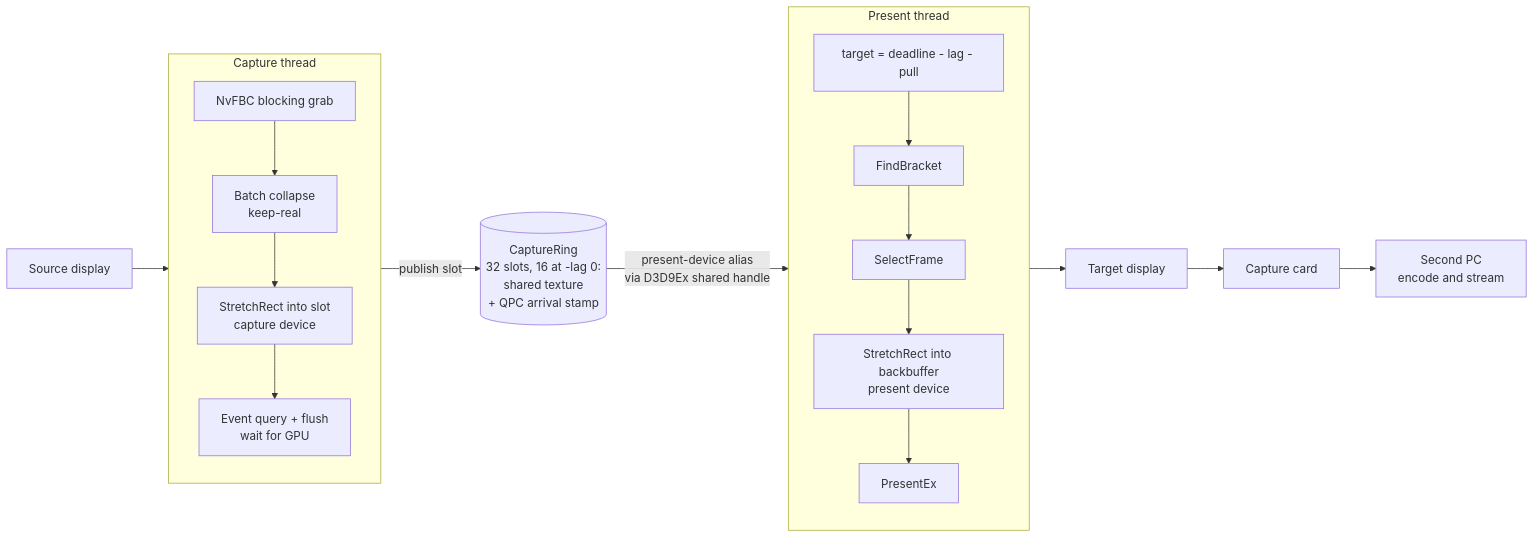
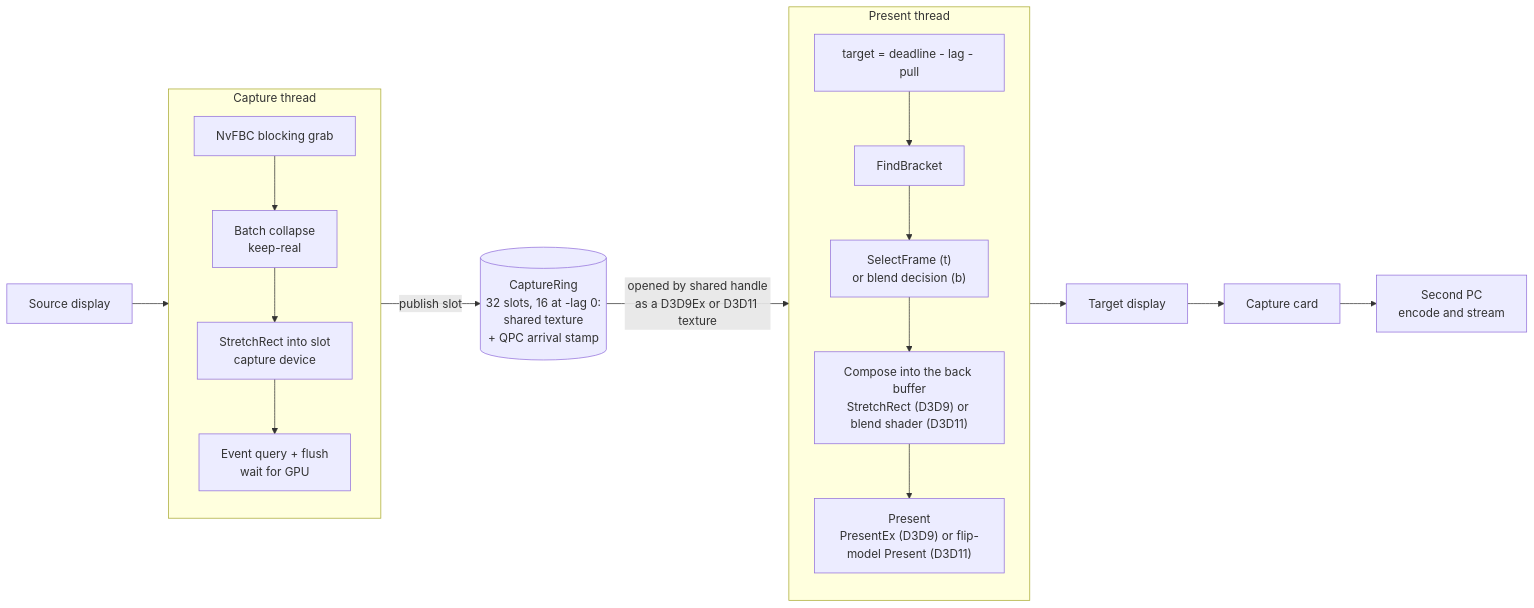
One commit to garrettsparks/nvfbc-relay changed the first of 4 diagrams in README.md. Above: the diagram before and after it, drawn with Mermaid. The commit also changed other lines of this file and 2 other files, not shown here.

````diff
--- a/README.md
+++ b/README.md
@@ -242,34 +245,34 @@
 ```mermaid
 flowchart LR
     SRCD["Source display"]
 
     subgraph CAPT["Capture thread"]
         direction TB
         GRAB["NvFBC blocking grab"]
         COLL["Batch collapse<br/>keep-real"]
         SR1["StretchRect into slot<br/>capture device"]
         FLUSH["Event query + flush<br/>wait for GPU"]
         GRAB --> COLL --> SR1 --> FLUSH
     end
 
     RING[("CaptureRing<br/>32 slots, 16 at -lag 0:<br/>shared texture<br/>+ QPC arrival stamp")]
 
     subgraph PREST["Present thread"]
         direction TB
         TGT["target = deadline - lag - pull"]
         FB["FindBracket"]
-        SEL["SelectFrame"]
-        SR2["StretchRect into backbuffer<br/>present device"]
-        PX["PresentEx"]
+        SEL["SelectFrame (t)<br/>or blend decision (b)"]
+        SR2["Compose into the back buffer<br/>StretchRect (D3D9) or blend shader (D3D11)"]
+        PX["Present<br/>PresentEx (D3D9) or flip-model Present (D3D11)"]
         TGT --> FB --> SEL --> SR2 --> PX
     end
 
     OUTD["Target display"]
     CARD["Capture card"]
     PC2["Second PC<br/>encode and stream"]
 
     SRCD --> GRAB
     FLUSH -- "publish slot" --> RING
-    RING -- "present-device alias<br/>via D3D9Ex shared handle" --> FB
+    RING -- "opened by shared handle<br/>as a D3D9Ex or D3D11 texture" --> FB
     PX --> OUTD --> CARD --> PC2
 ```
````
